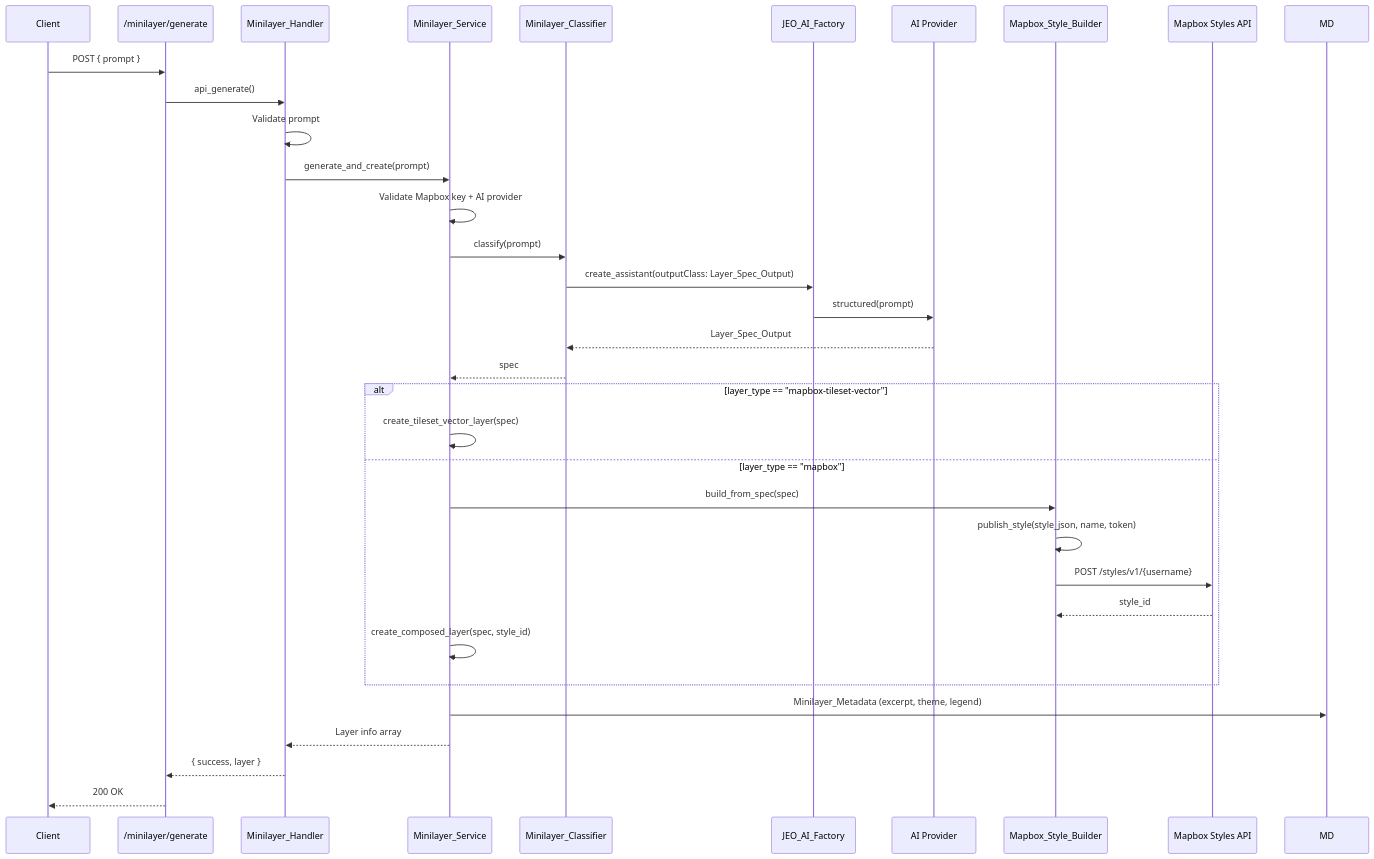
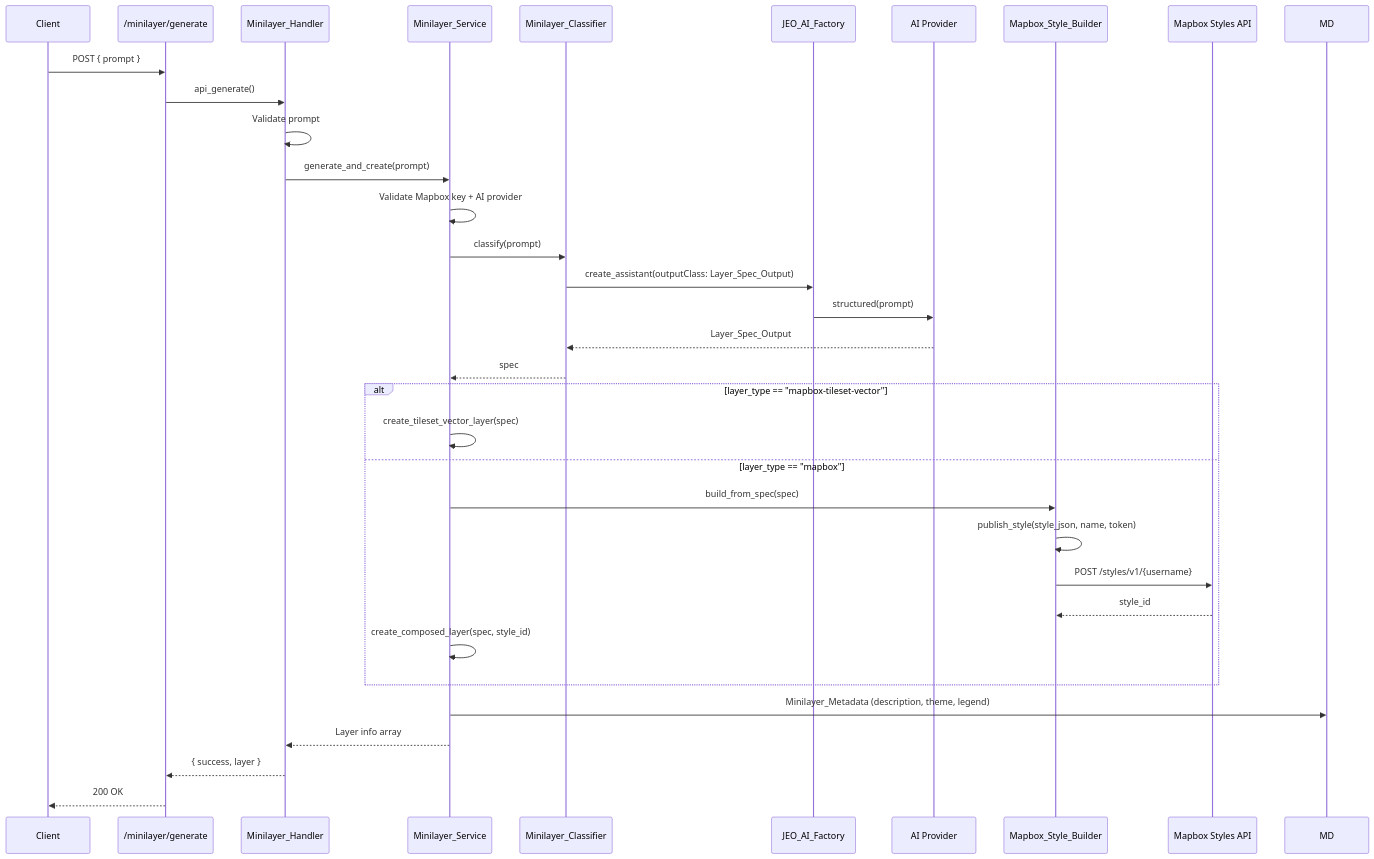
Before and after one commit to InfoAmazonia/jeo-plugin: the diagram in .architecture/minilayer/README.md, drawn with Mermaid. The commit also changed other lines of this file and 12 other files, not shown here.

````diff
--- a/.architecture/minilayer/README.md
+++ b/.architecture/minilayer/README.md
@@ -24,36 +24,36 @@
 ```mermaid
 sequenceDiagram
     participant Client
     participant REST as /minilayer/generate
     participant H as Minilayer_Handler
     participant S as Minilayer_Service
     participant C as Minilayer_Classifier
     participant F as JEO_AI_Factory
     participant LLM as AI Provider
     participant B as Mapbox_Style_Builder
     participant M as Mapbox Styles API
 
     Client->>REST: POST { prompt }
     REST->>H: api_generate()
     H->>H: Validate prompt
     H->>S: generate_and_create(prompt)
     S->>S: Validate Mapbox key + AI provider
     S->>C: classify(prompt)
     C->>F: create_assistant(outputClass: Layer_Spec_Output)
     F->>LLM: structured(prompt)
     LLM-->>C: Layer_Spec_Output
     C-->>S: spec
     alt layer_type == "mapbox-tileset-vector"
         S->>S: create_tileset_vector_layer(spec)
     else layer_type == "mapbox"
         S->>B: build_from_spec(spec)
         B->>B: publish_style(style_json, name, token)
         B->>M: POST /styles/v1/{username}
         M-->>B: style_id
         S->>S: create_composed_layer(spec, style_id)
     end
-    S->>MD: Minilayer_Metadata (excerpt, theme, legend)
+    S->>MD: Minilayer_Metadata (description, theme, legend)
     S-->>H: Layer info array
     H-->>REST: { success, layer }
     REST-->>Client: 200 OK
 ```
````
